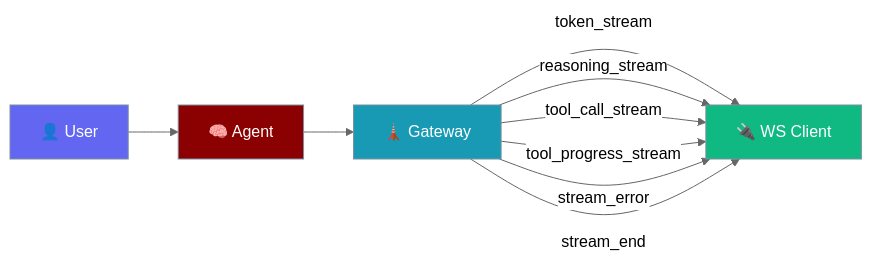
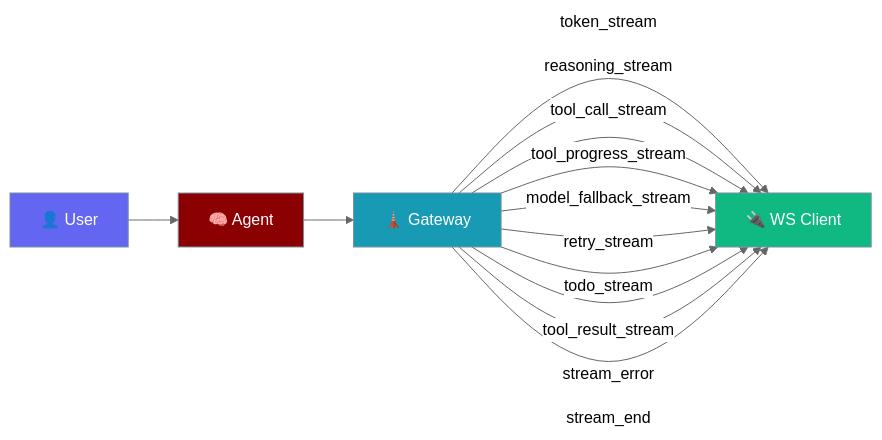
One commit to MervinPraison/PraisonAIDocs changed the first of 4 diagrams in docs/features/gateway-stream-events.mdx. Above: the diagram before and after it, drawn with Mermaid (neutral theme). The commit also changed other lines of this file and 1 other file, not shown here.

First line of the commit message:
docs: document 4 new gateway stream events (fixes #3209)

````diff
--- a/docs/features/gateway-stream-events.mdx
+++ b/docs/features/gateway-stream-events.mdx
@@ -19,21 +19,25 @@
 ```mermaid
 graph LR
     User[👤 User] --> Agent[🧠 Agent]
     Agent --> GW[🗼 Gateway]
     GW -->|token_stream| WS[🔌 WS Client]
     GW -->|reasoning_stream| WS
     GW -->|tool_call_stream| WS
     GW -->|tool_progress_stream| WS
+    GW -->|model_fallback_stream| WS
+    GW -->|retry_stream| WS
+    GW -->|todo_stream| WS
+    GW -->|tool_result_stream| WS
     GW -->|stream_error| WS
     GW -->|stream_end| WS
 
     classDef user fill:#6366F1,stroke:#7C90A0,color:#fff
     classDef agent fill:#8B0000,stroke:#7C90A0,color:#fff
     classDef gw fill:#189AB4,stroke:#7C90A0,color:#fff
     classDef client fill:#10B981,stroke:#7C90A0,color:#fff
 
     class User user
     class Agent agent
     class GW gw
     class WS client
 ```
````
